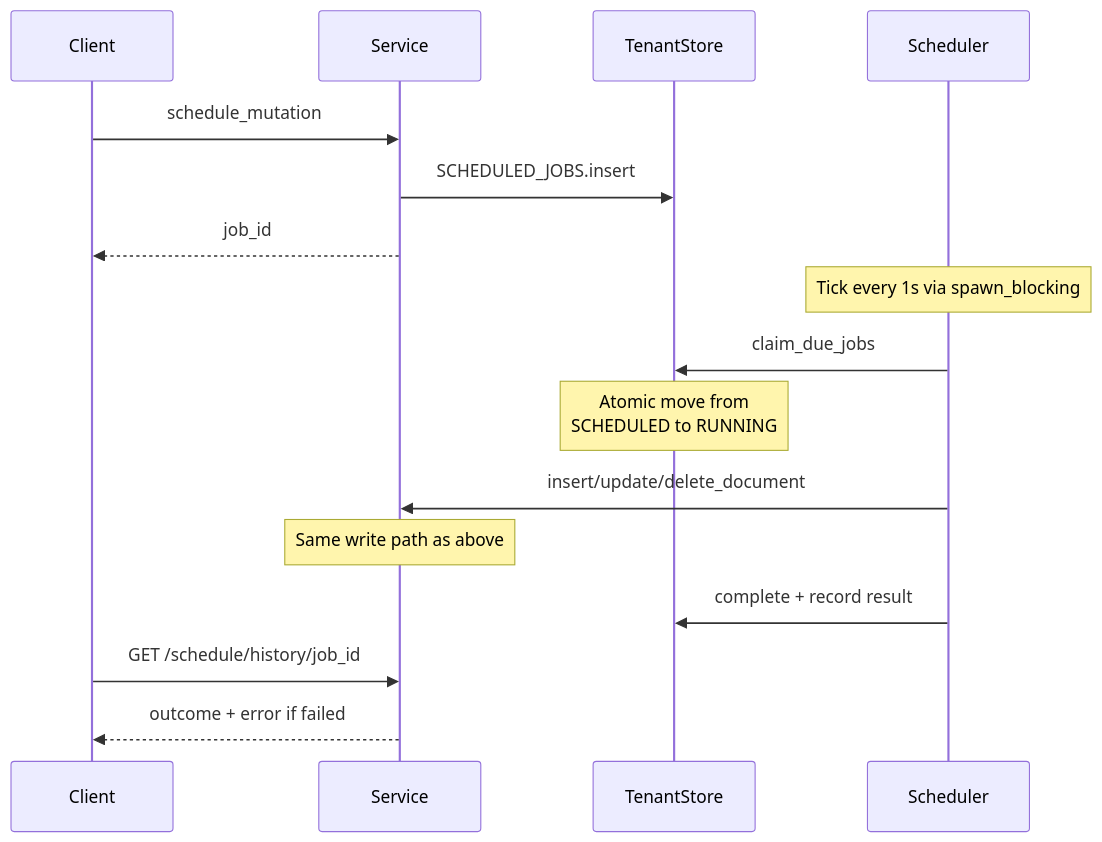
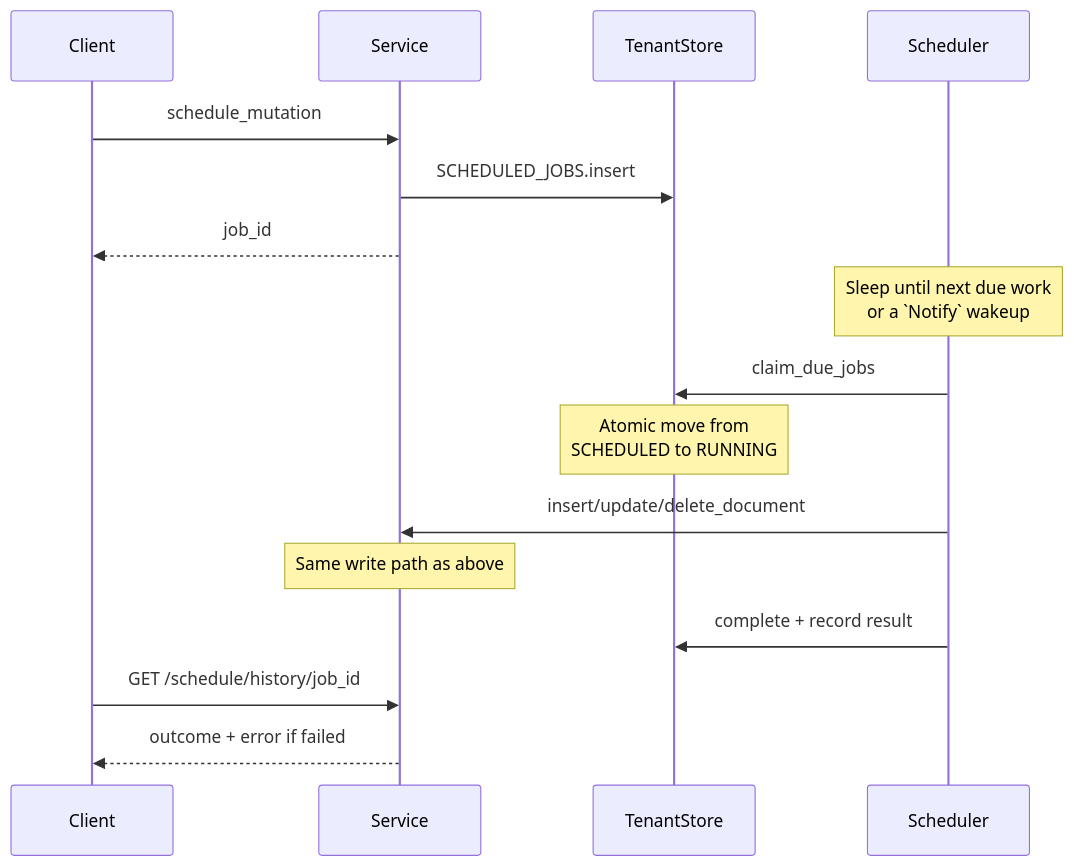
The sixth of 6 diagrams in ARCHITECTURE.md (nimbus/nimbus), drawn with Mermaid before and after one commit. The commit also changed other lines of this file and 18 other files, not shown here.

````diff
--- a/ARCHITECTURE.md
+++ b/ARCHITECTURE.md
@@ -395,22 +455,22 @@
 ```mermaid
 sequenceDiagram
     participant C as Client
     participant Svc as Service
     participant St as TenantStore
     participant Sch as Scheduler
 
     C->>Svc: schedule_mutation
     Svc->>St: SCHEDULED_JOBS.insert
     Svc-->>C: job_id
 
-    Note over Sch: Tick every 1s via spawn_blocking
+    Note over Sch: Sleep until next due work<br/>or a `Notify` wakeup
 
     Sch->>St: claim_due_jobs
     Note over St: Atomic move from<br/>SCHEDULED to RUNNING
     Sch->>Svc: insert/update/delete_document
     Note over Svc: Same write path as above
     Sch->>St: complete + record result
 
     C->>Svc: GET /schedule/history/job_id
     Svc-->>C: outcome + error if failed
 ```
````
